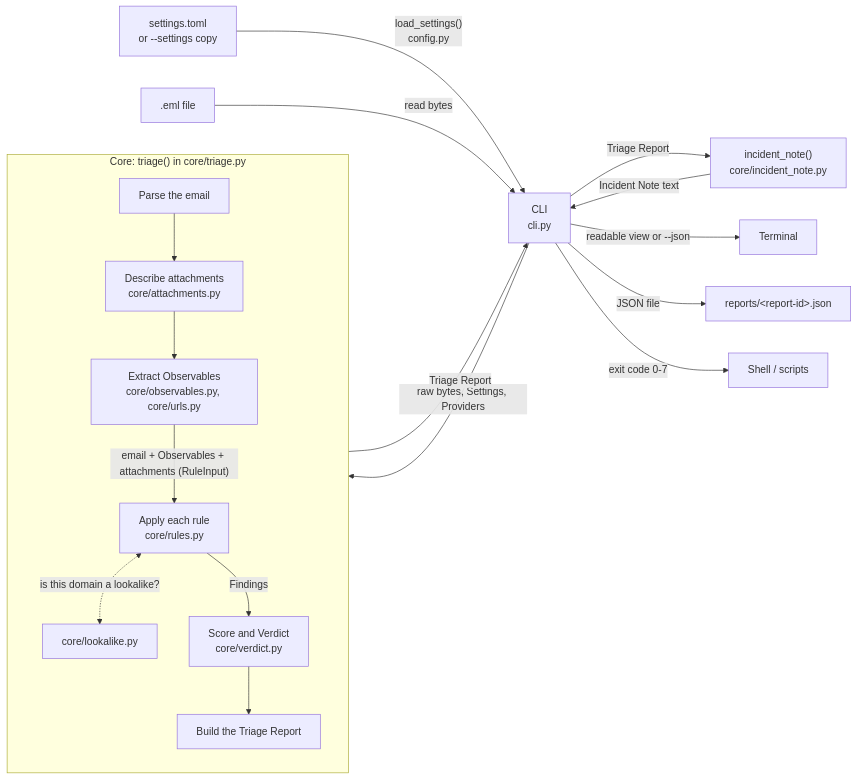
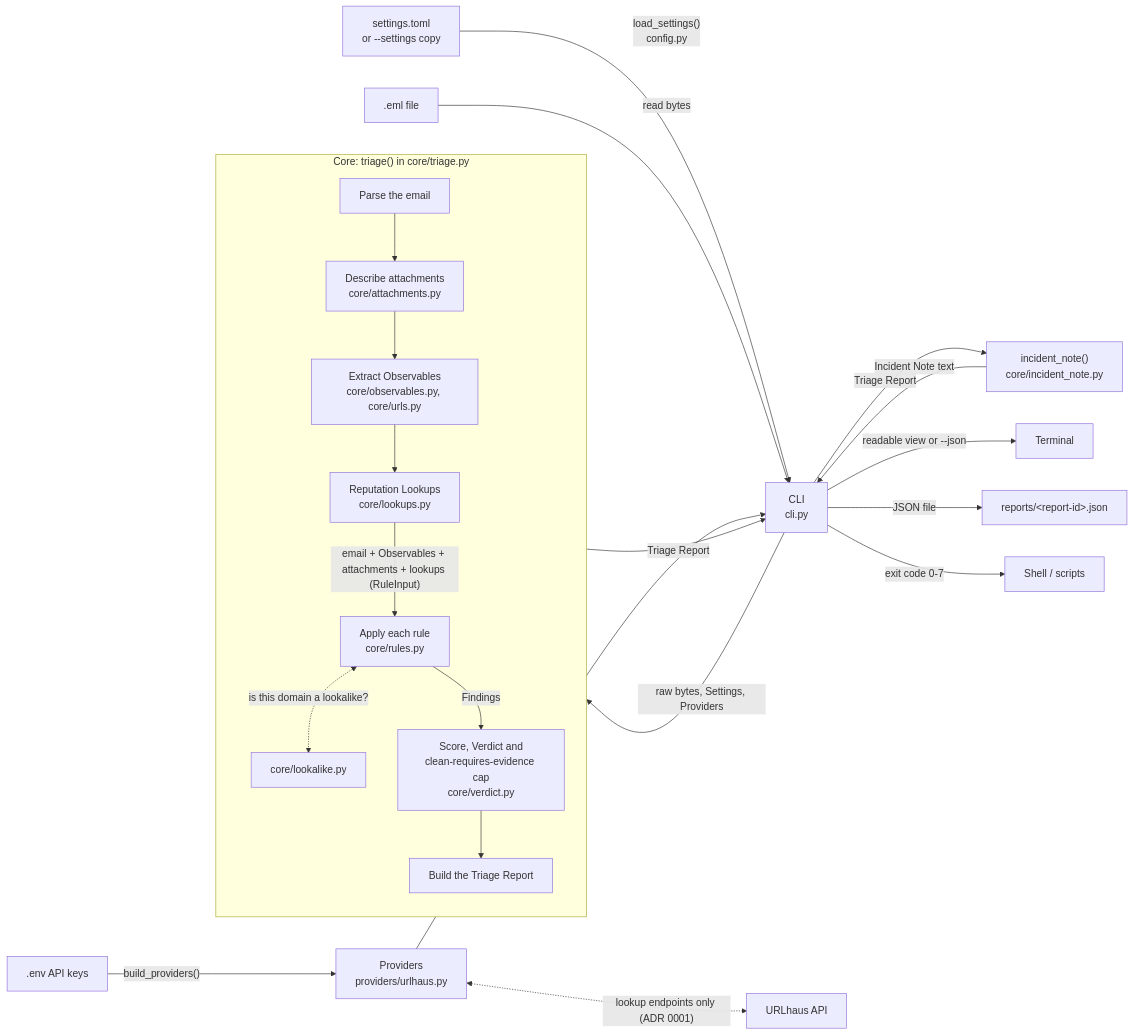
One commit to GiacomoBarry/phishing-triage changed the diagram in docs/ARCHITECTURE.md. Above: the diagram before and after it, drawn with Mermaid. The commit also changed other lines of this file and 32 other files, not shown here.

````diff
--- a/docs/ARCHITECTURE.md
+++ b/docs/ARCHITECTURE.md
@@ -16,23 +17,27 @@
 ```mermaid
 flowchart LR
     toml["settings.toml<br/>or --settings copy"] -->|"load_settings()<br/>config.py"| cli
     file[".eml file"] -->|read bytes| cli["CLI<br/>cli.py"]
+    env[".env API keys"] -->|"build_providers()"| providers["Providers<br/>providers/urlhaus.py"]
+    providers --> cli
+    providers <-.->|"lookup endpoints only (ADR 0001)"| internet["URLhaus API"]
     cli -->|"raw bytes, Settings, Providers"| core
 
     subgraph core["Core: triage() in core/triage.py"]
         direction TB
         parse["Parse the email"] --> attach["Describe attachments<br/>core/attachments.py"]
         attach --> extract["Extract Observables<br/>core/observables.py, core/urls.py"]
-        extract -->|"email + Observables + attachments (RuleInput)"| rules["Apply each rule<br/>core/rules.py"]
+        extract --> lookups["Reputation Lookups<br/>core/lookups.py"]
+        lookups -->|"email + Observables + attachments + lookups (RuleInput)"| rules["Apply each rule<br/>core/rules.py"]
         rules <-.->|"is this domain a lookalike?"| lookalike["core/lookalike.py"]
-        rules -->|Findings| verdict["Score and Verdict<br/>core/verdict.py"]
+        rules -->|Findings| verdict["Score, Verdict and<br/>clean-requires-evidence cap<br/>core/verdict.py"]
         verdict --> build["Build the Triage Report"]
     end
 
     core -->|Triage Report| cli
     cli -->|Triage Report| note["incident_note()<br/>core/incident_note.py"]
     note -->|Incident Note text| cli
     cli -->|readable view or --json| terminal["Terminal"]
     cli -->|JSON file| reports["reports/&lt;report-id&gt;.json"]
     cli -->|exit code 0-7| shell["Shell / scripts"]
 ```
````
